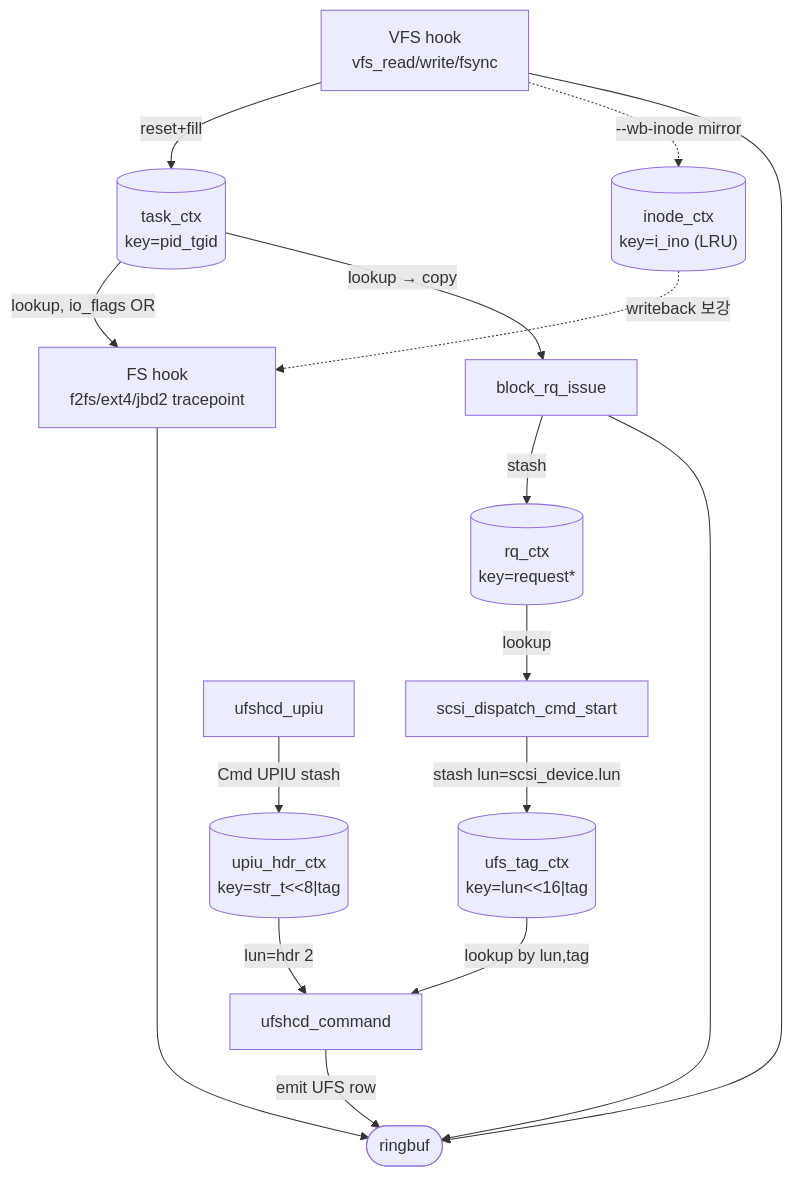
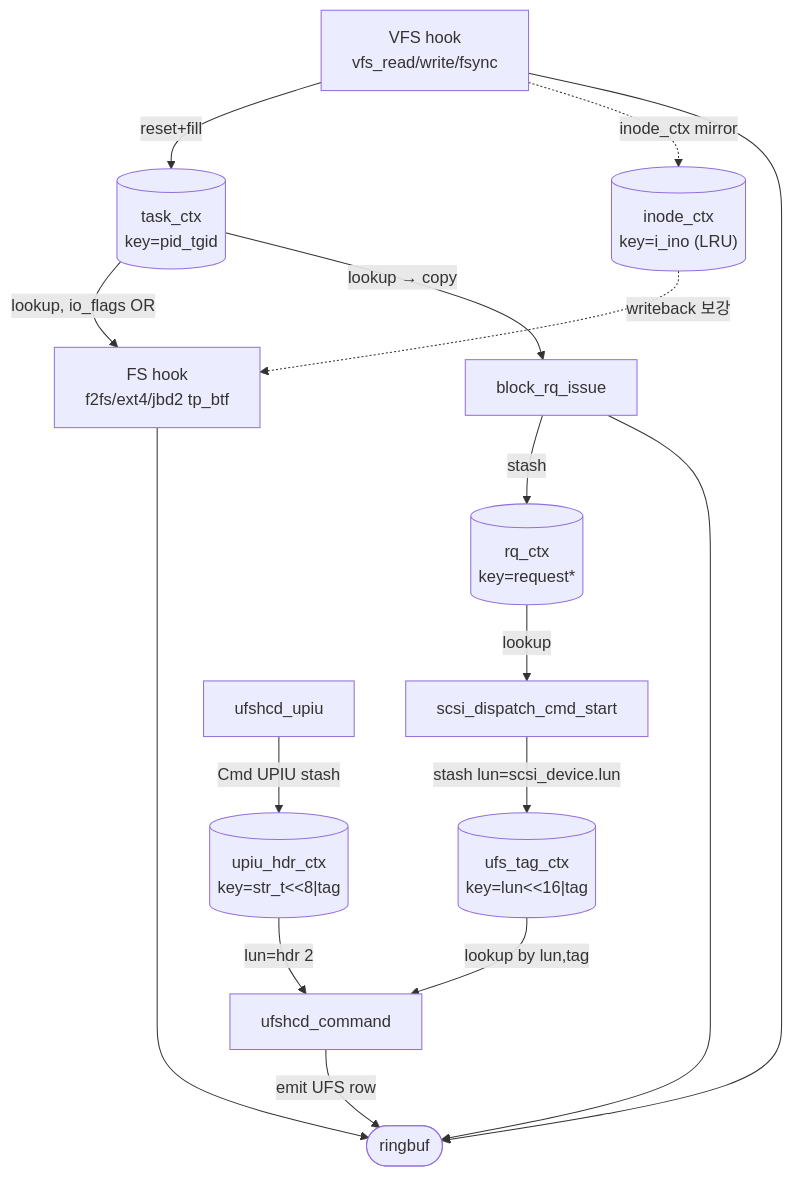
Before and after one commit to kakaromo/kakaromo.github.io: the first of 2 diagrams in src/content/docs/fsiotrace/design.md, drawn with Mermaid. The commit also changed other lines of this file and 6 other files, not shown here.

````diff
--- a/src/content/docs/fsiotrace/design.md
+++ b/src/content/docs/fsiotrace/design.md
@@ -200,31 +202,31 @@
 ```mermaid
 flowchart TD
     VFS["VFS hook<br/>vfs_read/write/fsync"]
-    FS["FS hook<br/>f2fs/ext4/jbd2 tracepoint"]
+    FS["FS hook<br/>f2fs/ext4/jbd2 tp_btf"]
     BLK["block_rq_issue"]
     SCSI["scsi_dispatch_cmd_start"]
     UPIU["ufshcd_upiu"]
     CMD["ufshcd_command"]
 
     TC[("task_ctx<br/>key=pid_tgid")]
     RC[("rq_ctx<br/>key=request*")]
     UTC[("ufs_tag_ctx<br/>key=lun<<16|tag")]
     UHC[("upiu_hdr_ctx<br/>key=str_t<<8|tag")]
     INC[("inode_ctx<br/>key=i_ino (LRU)")]
 
     VFS -->|reset+fill| TC
-    VFS -.->|--wb-inode mirror| INC
+    VFS -.->|inode_ctx mirror| INC
     TC -->|lookup, io_flags OR| FS
     INC -.->|writeback 보강| FS
     TC -->|lookup → copy| BLK
     BLK -->|stash| RC
     RC -->|lookup| SCSI
     SCSI -->|stash lun=scsi_device.lun| UTC
     UPIU -->|Cmd UPIU stash| UHC
     UHC -->|lun=hdr 2| CMD
     UTC -->|lookup by lun,tag| CMD
     CMD -->|emit UFS row| OUT([ringbuf])
     VFS --> OUT
     FS --> OUT
     BLK --> OUT
 ```
````
